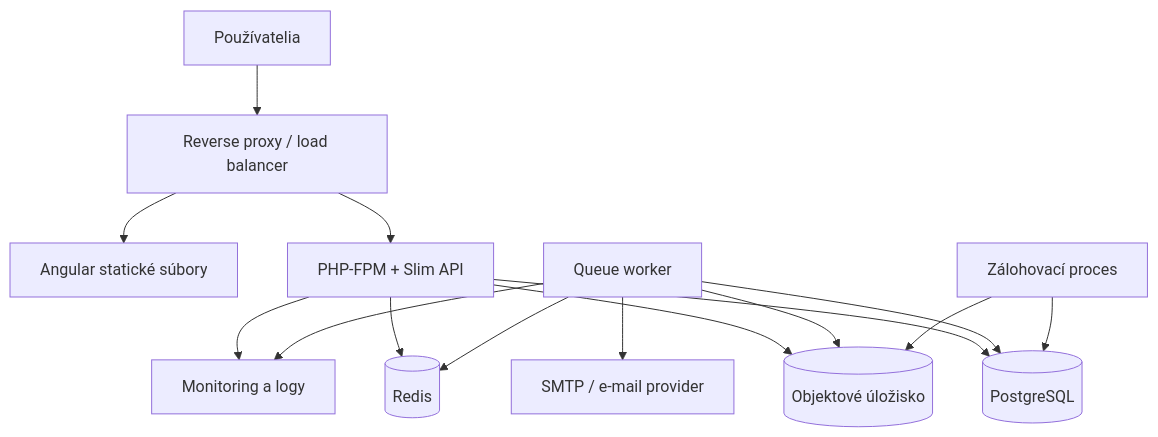
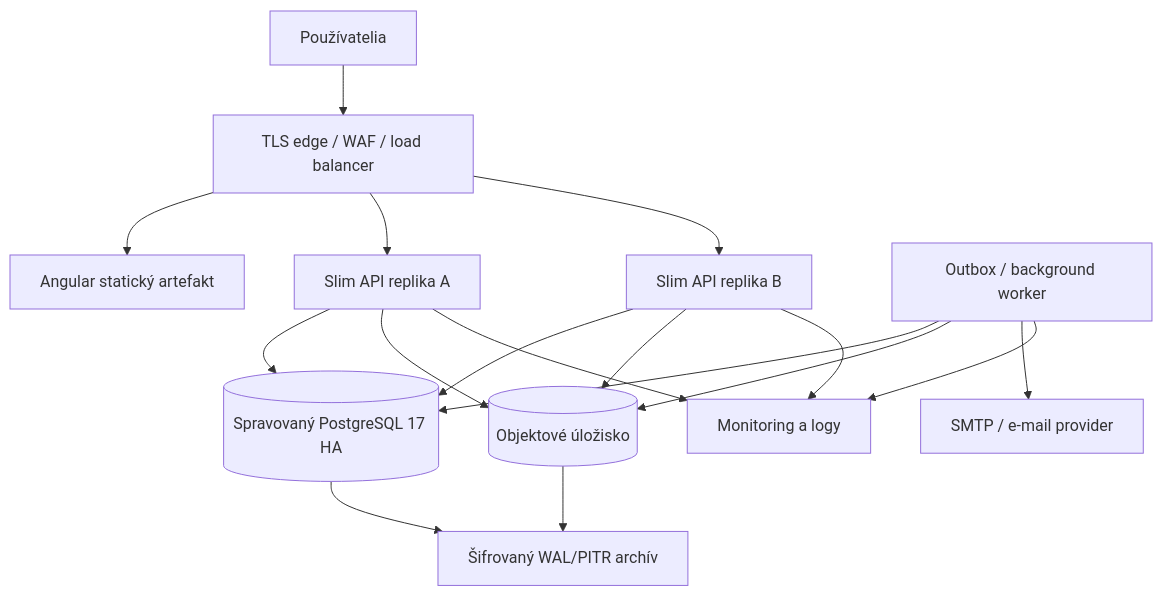
Diagram 11 of 13 in docs/ANALYZA_PROJEKTU.md (JurajPacolt/sova), drawn with Mermaid before and after one commit. The commit also changed other lines of this file and 402 other files, not shown here.

````diff
--- a/docs/ANALYZA_PROJEKTU.md
+++ b/docs/ANALYZA_PROJEKTU.md
@@ -1399,21 +1443,23 @@
 ```mermaid
 flowchart TB
-    Internet["Používatelia"] --> LB["Reverse proxy / load balancer"]
-    LB --> Web["Angular statické súbory"]
-    LB --> API1["PHP-FPM + Slim API"]
+    Internet["Používatelia"] --> Edge["TLS edge / WAF / load balancer"]
+    Edge --> Web["Angular statický artefakt"]
+    Edge --> API1["Slim API replika A"]
+    Edge --> API2["Slim API replika B"]
 
-    API1 --> PostgreSQL[("PostgreSQL")]
-    API1 --> Redis[("Redis")]
+    API1 --> PostgreSQL[("Spravovaný PostgreSQL 17 HA")]
+    API2 --> PostgreSQL
     API1 --> Storage[("Objektové úložisko")]
+    API2 --> Storage
 
-    Worker["Queue worker"] --> PostgreSQL
-    Worker --> Redis
+    Worker["Outbox / background worker"] --> PostgreSQL
     Worker --> Storage
     Worker --> Email["SMTP / e-mail provider"]
 
-    Backup["Zálohovací proces"] --> PostgreSQL
-    Backup --> Storage
+    PostgreSQL --> Backup["Šifrovaný WAL/PITR archív"]
+    Storage --> Backup
 
     API1 --> Monitor["Monitoring a logy"]
+    API2 --> Monitor
     Worker --> Monitor
 ```
````
